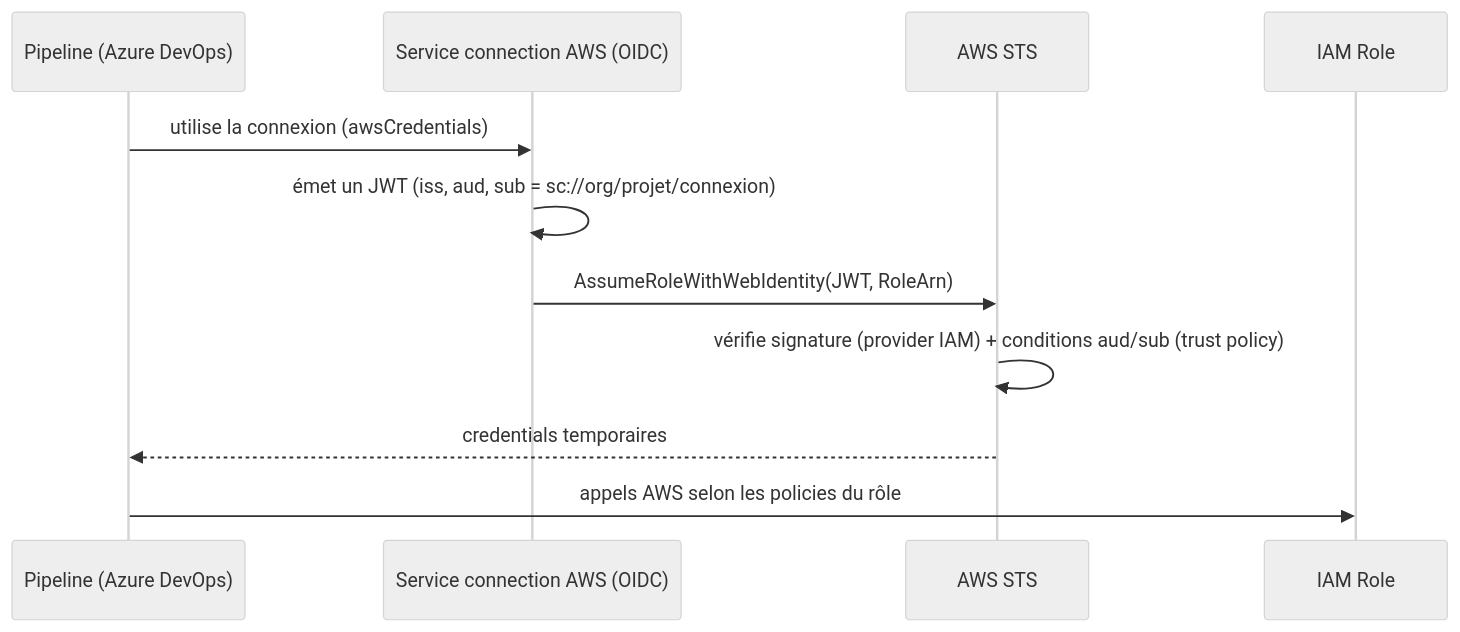
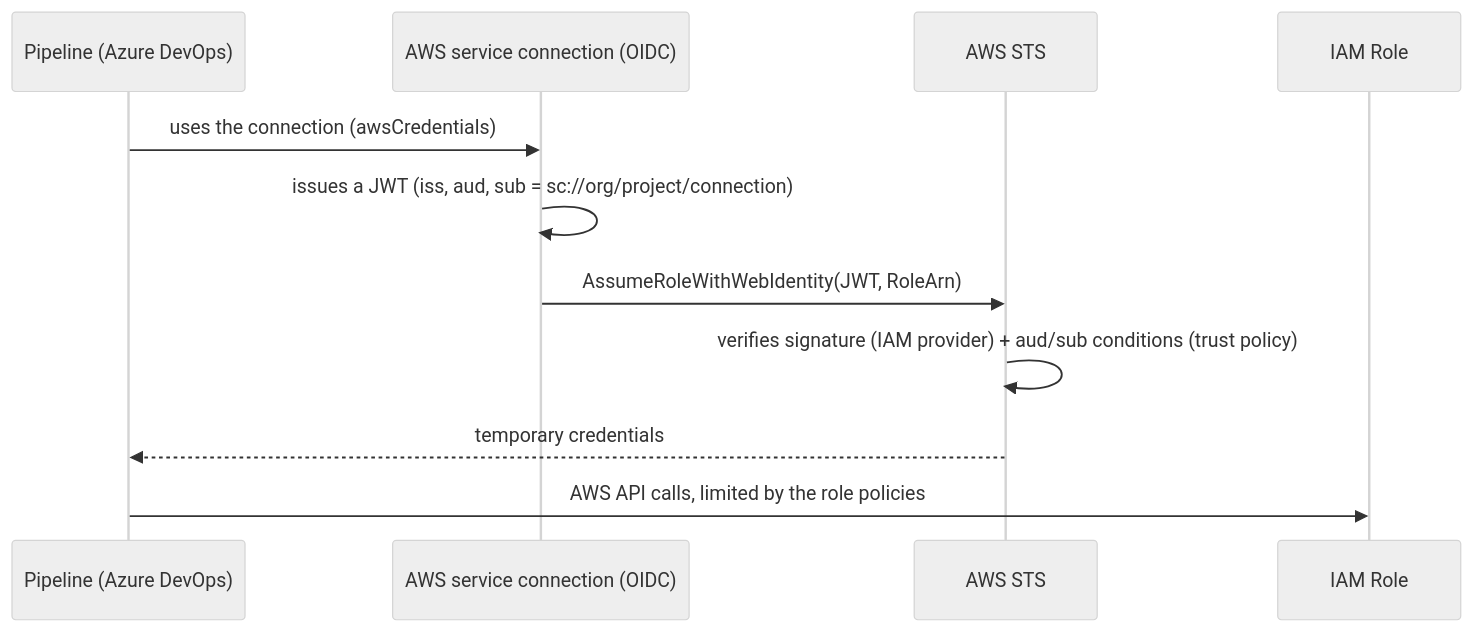
The diagram in README.md (galiceau/azdo-aws-oidc), drawn with Mermaid (neutral theme) before and after one commit. The commit also changed other lines of this file and 3 other files, not shown here.

````diff
--- a/README.md
+++ b/README.md
@@ -11,13 +11,13 @@
 ```mermaid
 sequenceDiagram
     participant P as Pipeline (Azure DevOps)
-    participant SC as Service connection AWS (OIDC)
+    participant SC as AWS service connection (OIDC)
     participant STS as AWS STS
     participant IAM as IAM Role
-    P->>SC: utilise la connexion (awsCredentials)
-    SC->>SC: émet un JWT (iss, aud, sub = sc://org/projet/connexion)
+    P->>SC: uses the connection (awsCredentials)
+    SC->>SC: issues a JWT (iss, aud, sub = sc://org/project/connection)
     SC->>STS: AssumeRoleWithWebIdentity(JWT, RoleArn)
-    STS->>STS: vérifie signature (provider IAM) + conditions aud/sub (trust policy)
-    STS-->>P: credentials temporaires
-    P->>IAM: appels AWS selon les policies du rôle
+    STS->>STS: verifies signature (IAM provider) + aud/sub conditions (trust policy)
+    STS-->>P: temporary credentials
+    P->>IAM: AWS API calls, limited by the role policies
 ```
````
